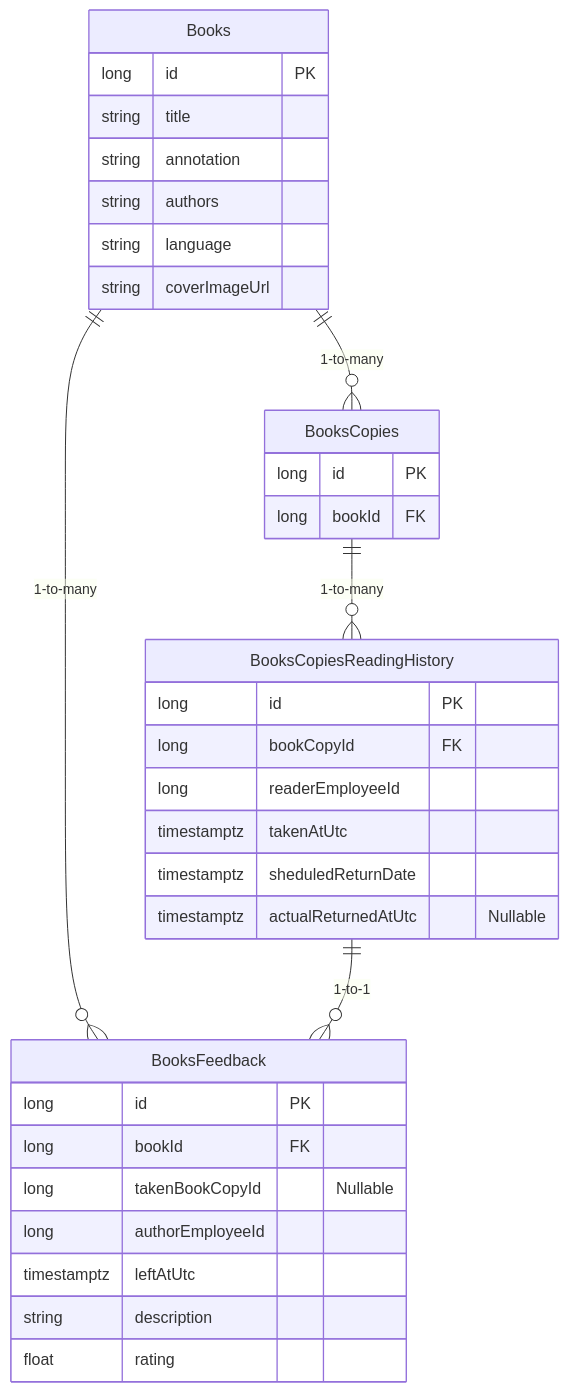
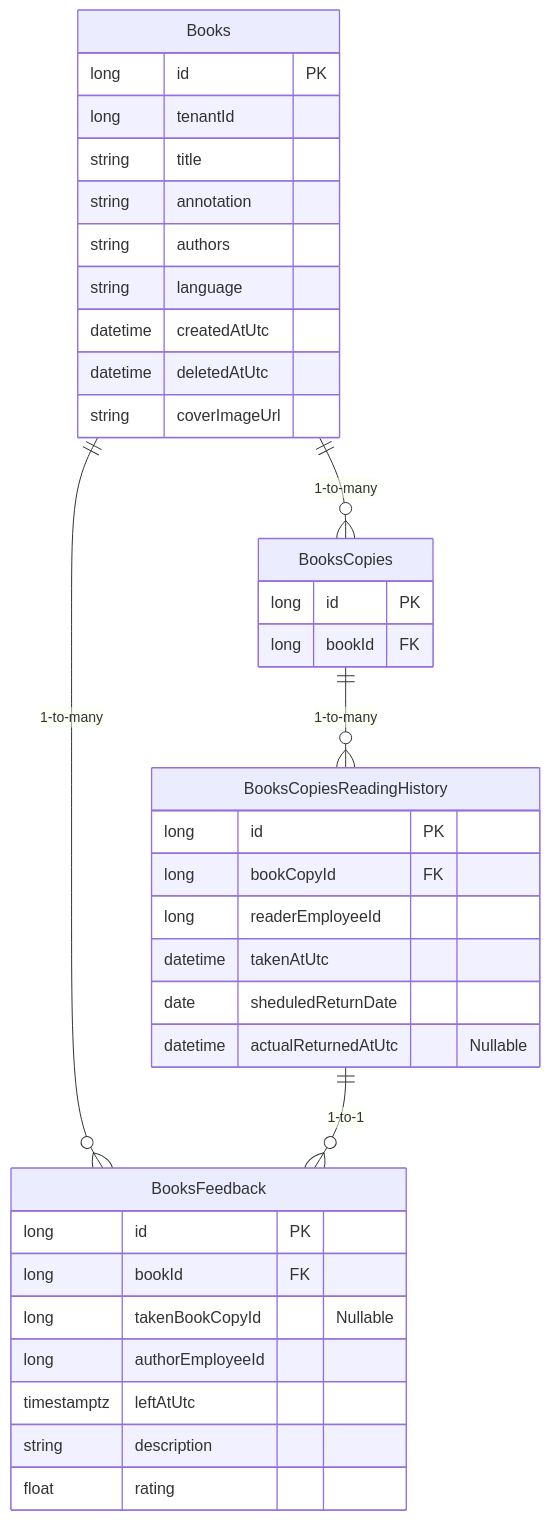
One commit to TourmalineCore/inner-circle-documentation changed the fourth of 5 diagrams in books-api/Book Copies ADR.md. Above: the diagram before and after it, drawn with Mermaid.

Commit message:
chore: fix date type and add props to books

````diff
--- a/books-api/Book Copies ADR.md
+++ b/books-api/Book Copies ADR.md
@@ -119,36 +119,39 @@
 ```mermaid
 erDiagram
     Books ||--o{ BooksCopies : "1-to-many"
     Books ||--o{ BooksFeedback : "1-to-many"
     BooksCopies ||--o{ BooksCopiesReadingHistory : "1-to-many"
     BooksCopiesReadingHistory ||--o{ BooksFeedback : "1-to-1"
     Books {
         long id PK
+        long tenantId
         string title
         string annotation
         string authors
         string language
+        datetime createdAtUtc
+        datetime deletedAtUtc
         string coverImageUrl
     }
     BooksCopies {
         long id PK
         long bookId FK
     }
     BooksCopiesReadingHistory {
         long id PK
         long bookCopyId FK
         long readerEmployeeId
-        timestamptz takenAtUtc
-        timestamptz sheduledReturnDate
-        timestamptz actualReturnedAtUtc "Nullable"
+        datetime takenAtUtc
+        date sheduledReturnDate
+        datetime actualReturnedAtUtc "Nullable"
     }
     BooksFeedback {
         long id PK
         long bookId FK
         long takenBookCopyId "Nullable"
         long authorEmployeeId
         timestamptz leftAtUtc
         string description
         float rating
     }
 ```
````
